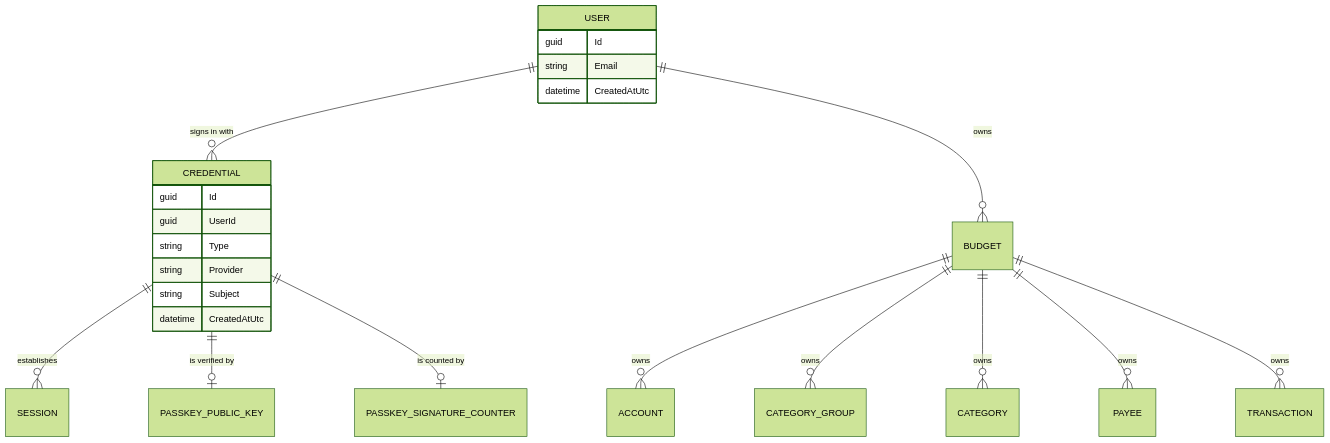
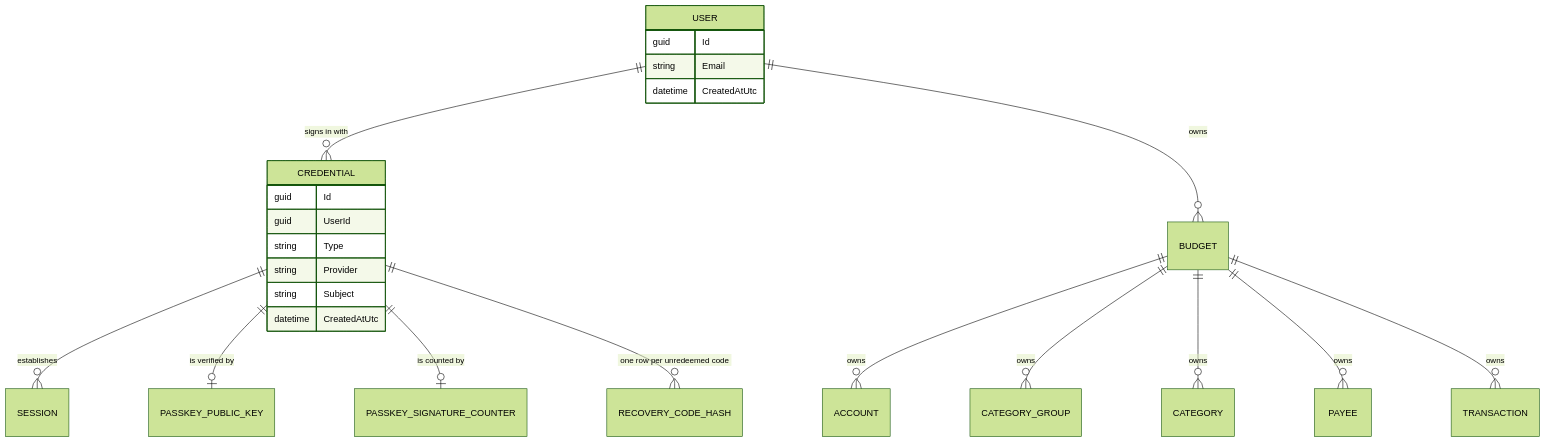
One commit to anton-kochev/budgetoid changed the first of 2 diagrams in docs/business-logic/users-and-ownership.md. Above: the diagram before and after it, drawn with Mermaid (forest theme). The commit also changed other lines of this file and 65 other files, not shown here.

````diff
--- a/docs/business-logic/users-and-ownership.md
+++ b/docs/business-logic/users-and-ownership.md
@@ -55,26 +69,27 @@
 ```mermaid
 erDiagram
     USER ||--o{ CREDENTIAL : "signs in with"
     CREDENTIAL ||--o{ SESSION : establishes
     CREDENTIAL ||--o| PASSKEY_PUBLIC_KEY : "is verified by"
     CREDENTIAL ||--o| PASSKEY_SIGNATURE_COUNTER : "is counted by"
+    CREDENTIAL ||--o{ RECOVERY_CODE_HASH : "one row per unredeemed code"
     USER ||--o{ BUDGET : owns
     BUDGET ||--o{ ACCOUNT : owns
     BUDGET ||--o{ CATEGORY_GROUP : owns
     BUDGET ||--o{ CATEGORY : owns
     BUDGET ||--o{ PAYEE : owns
     BUDGET ||--o{ TRANSACTION : owns
     USER {
         guid Id
         string Email
         datetime CreatedAtUtc
     }
     CREDENTIAL {
         guid Id
         guid UserId
         string Type
         string Provider
         string Subject
         datetime CreatedAtUtc
     }
 ```
````
